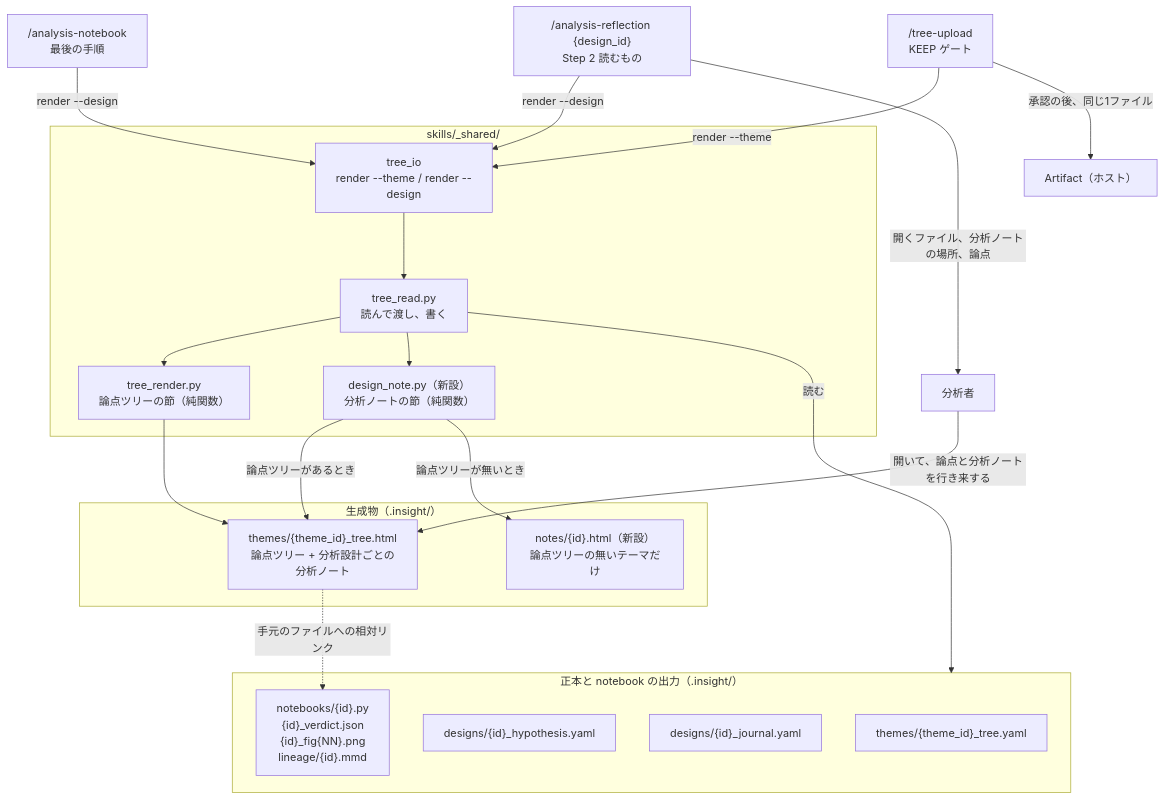
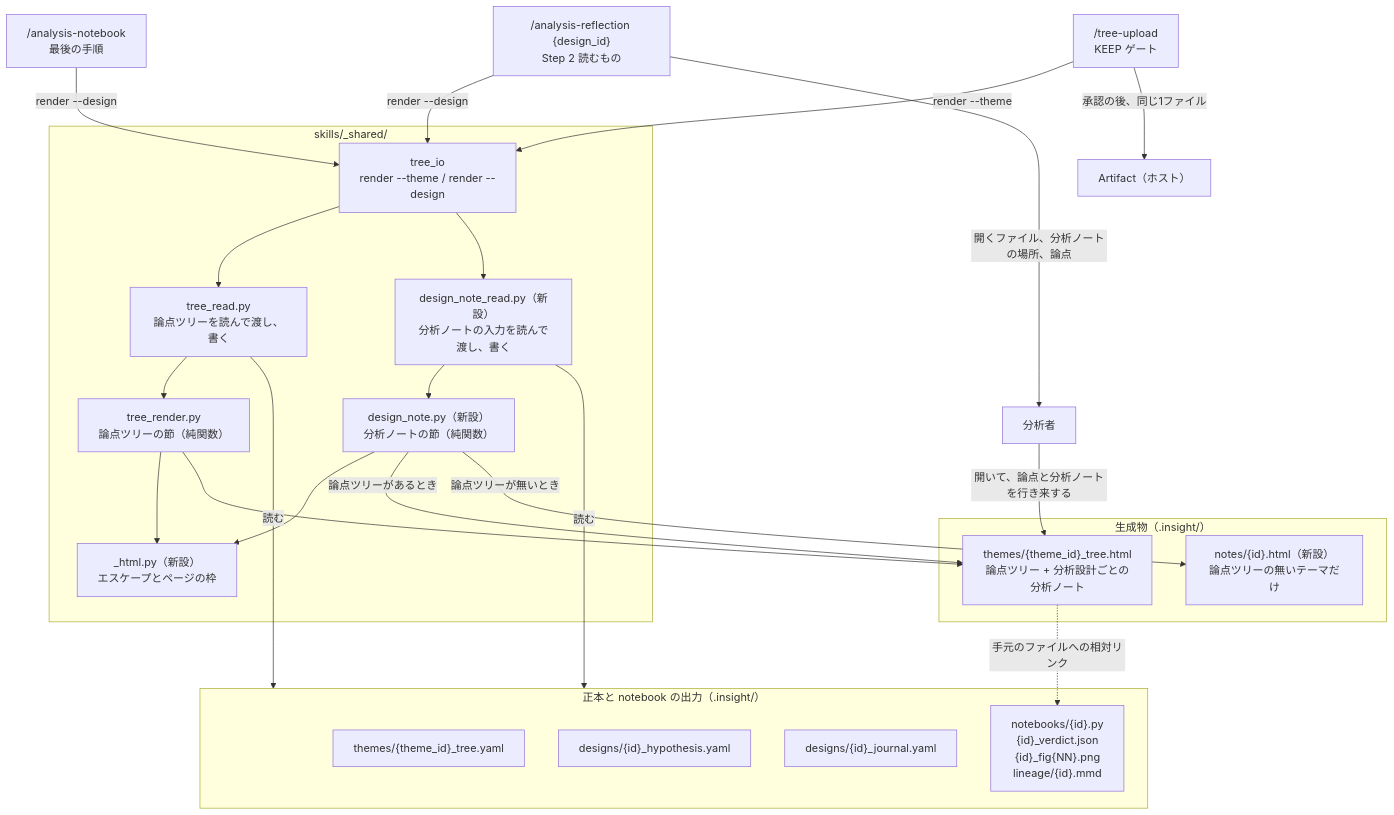
One commit to etoyama/insight-blueprint-skills changed the first of 4 diagrams in docs/design/epic-28-tree-entry-point.md. Above: the diagram before and after it, drawn with Mermaid. The commit also changed other lines of this file, not shown here.

Commit message:
docs(epic-28): Story 28.1 の Decisions・Domain Model・Test Design Matrix・Story Timeline を書く（#179）

````diff
--- a/docs/design/epic-28-tree-entry-point.md
+++ b/docs/design/epic-28-tree-entry-point.md
@@ -173,42 +173,48 @@
 ```mermaid
 flowchart TD
     subgraph canonical["正本と notebook の出力（.insight/）"]
         tree["themes/{theme_id}_tree.yaml"]
         design["designs/{id}_hypothesis.yaml"]
         journal["designs/{id}_journal.yaml"]
         outputs["notebooks/{id}.py<br/>{id}_verdict.json<br/>{id}_fig{NN}.png<br/>lineage/{id}.mmd"]
     end
 
     subgraph shared["skills/_shared/"]
         io["tree_io<br/>render --theme / render --design"]
-        read["tree_read.py<br/>読んで渡し、書く"]
+        read["tree_read.py<br/>論点ツリーを読んで渡し、書く"]
+        nread["design_note_read.py（新設）<br/>分析ノートの入力を読んで渡し、書く"]
         trender["tree_render.py<br/>論点ツリーの節（純関数）"]
         note["design_note.py（新設）<br/>分析ノートの節（純関数）"]
+        html["_html.py（新設）<br/>エスケープとページの枠"]
     end
 
     subgraph views["生成物（.insight/）"]
         treehtml["themes/{theme_id}_tree.html<br/>論点ツリー + 分析設計ごとの分析ノート"]
         notehtml["notes/{id}.html（新設）<br/>論点ツリーの無いテーマだけ"]
     end
 
     reflection["/analysis-reflection {design_id}<br/>Step 2 読むもの"]
     notebook["/analysis-notebook<br/>最後の手順"]
     upload["/tree-upload<br/>KEEP ゲート"]
     analyst["分析者"]
     artifact["Artifact（ホスト）"]
 
     reflection -->|render --design| io
     notebook -->|render --design| io
     upload -->|render --theme| io
     io --> read
+    io --> nread
     read -->|読む| canonical
+    nread -->|読む| canonical
     read --> trender
-    read --> note
+    nread --> note
+    trender --> html
+    note --> html
     trender --> treehtml
     note -->|論点ツリーがあるとき| treehtml
     note -->|論点ツリーが無いとき| notehtml
     treehtml -.->|手元のファイルへの相対リンク| outputs
     reflection -->|開くファイル、分析ノートの場所、論点| analyst
     analyst -->|開いて、論点と分析ノートを行き来する| treehtml
     upload -->|承認の後、同じ1ファイル| artifact
 ```
````
